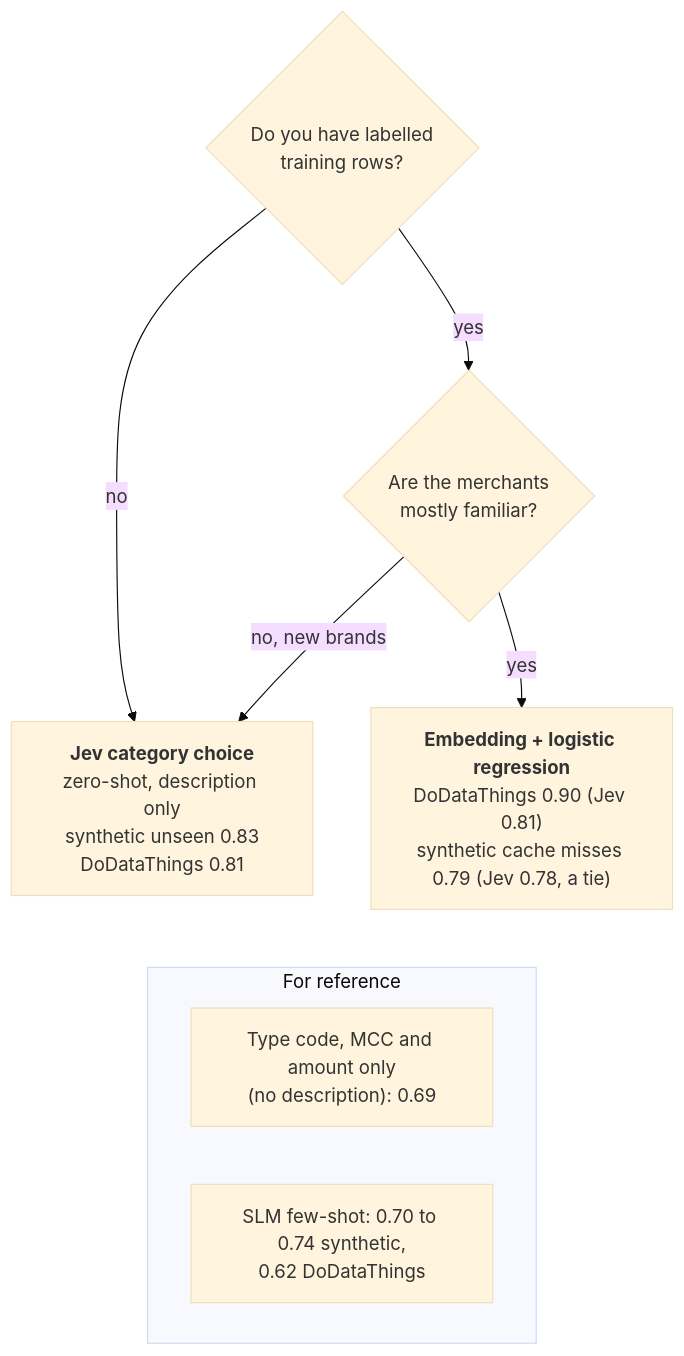
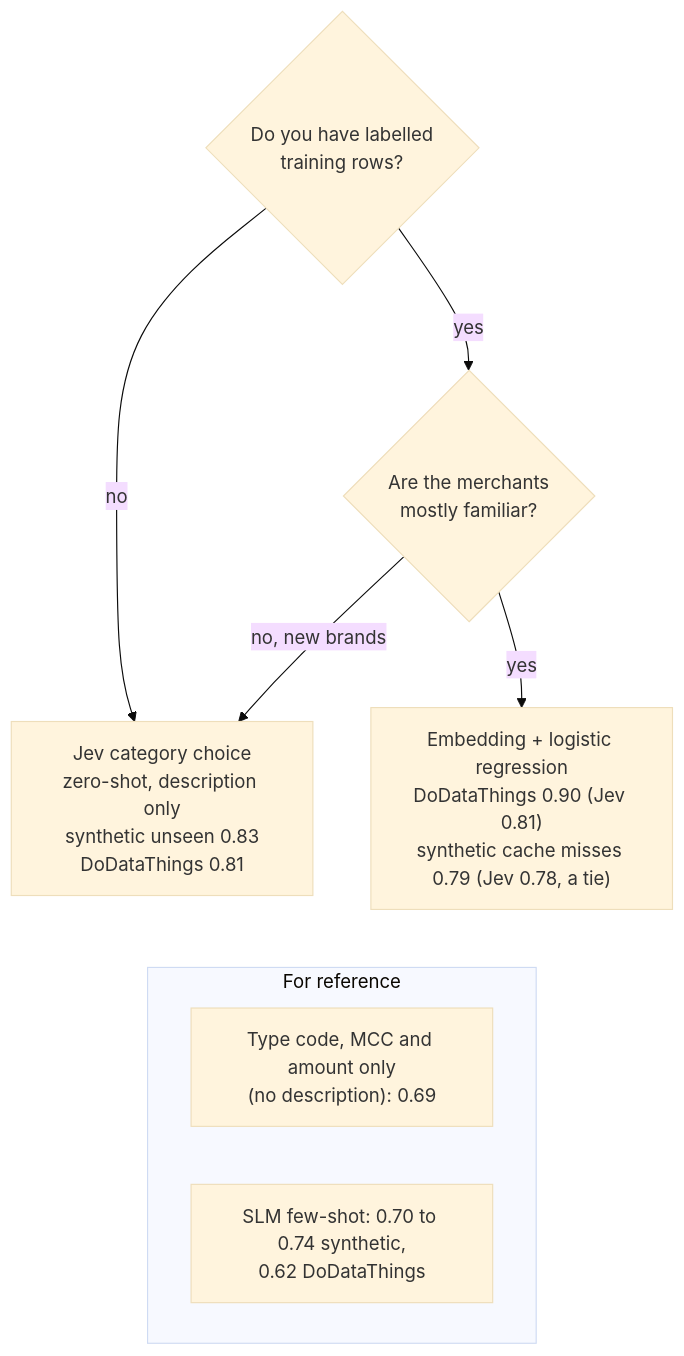
One commit to aeoxyz-jpg/tranx-transaction-standardization changed the diagram in docs/diagrams/category_decision.mmd. Above: the diagram before and after it, drawn with Mermaid (base theme). The commit also changed 20 other files, not shown here.

```diff
--- a/docs/diagrams/category_decision.mmd
+++ b/docs/diagrams/category_decision.mmd
@@ -1,12 +1,12 @@
 flowchart TD
     Q1{"Do you have labelled<br/>training rows?"}
     Q1 -->|yes| Q2{"Are the merchants<br/>mostly familiar?"}
-    Q1 -->|no| JEV["<b>Jev category choice</b><br/>zero-shot, description only<br/>synthetic unseen 0.83<br/>DoDataThings 0.81"]
-    Q2 -->|yes| EMB["<b>Embedding + logistic regression</b><br/>DoDataThings 0.90 (Jev 0.81)<br/>synthetic cache misses 0.79 (Jev 0.78, a tie)"]
+    Q1 -->|no| JEV["Jev category choice<br/>zero-shot, description only<br/>synthetic unseen 0.83<br/>DoDataThings 0.81"]
+    Q2 -->|yes| EMB["Embedding + logistic regression<br/>DoDataThings 0.90 (Jev 0.81)<br/>synthetic cache misses 0.79 (Jev 0.78, a tie)"]
     Q2 -->|"no, new brands"| JEV
     subgraph REF["For reference"]
         BASE["Type code, MCC and amount only<br/>(no description): 0.69"]
         SLMN["SLM few-shot: 0.70 to 0.74 synthetic,<br/>0.62 DoDataThings"]
     end
     JEV ~~~ REF
     EMB ~~~ REF
```
